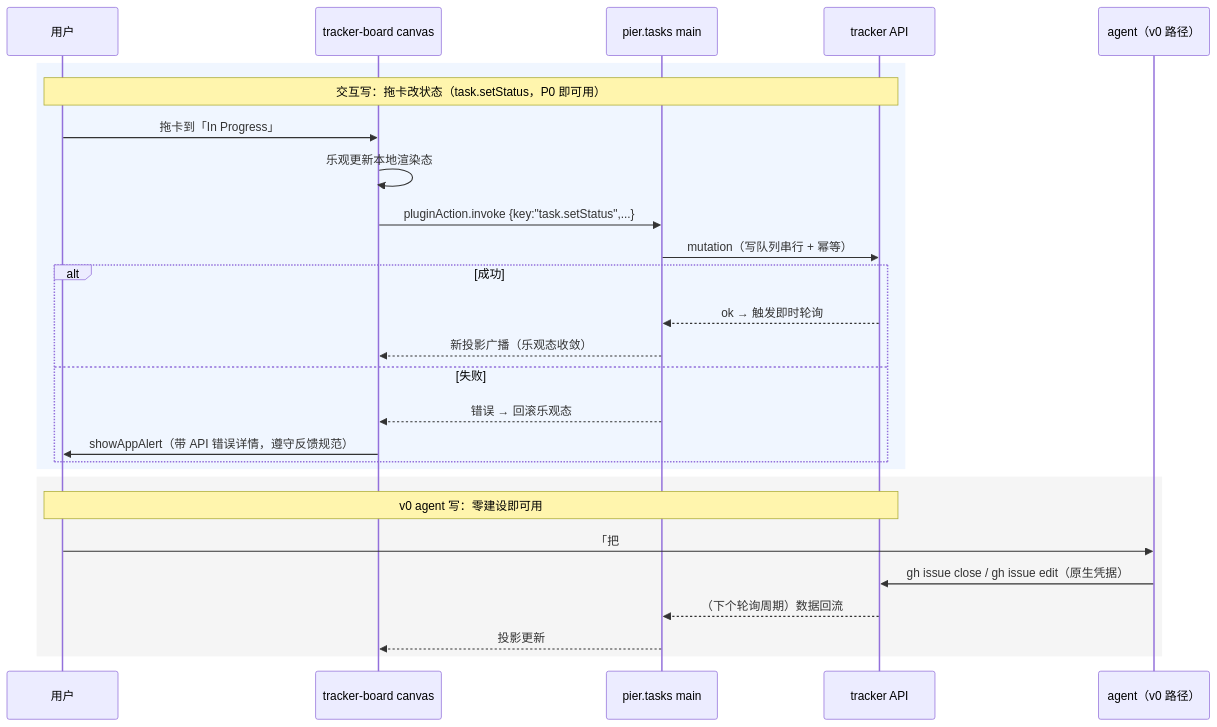
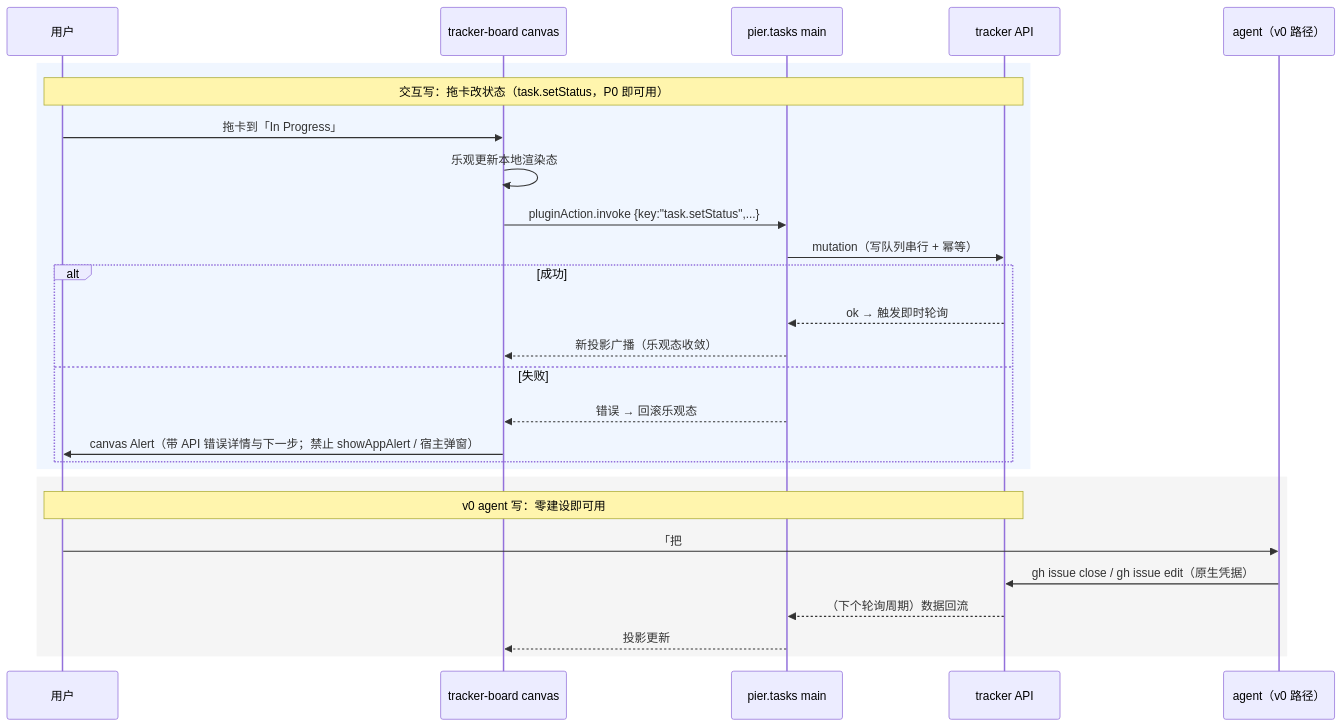
Before and after one commit to runloom/pier: the fourth of 5 diagrams in docs/superpowers/specs/2026-08-28-canvas-task-management-tracker-adapter-design.md, drawn with Mermaid. The commit also changed other lines of this file and 15 other files, not shown here.

````diff
--- a/docs/superpowers/specs/2026-08-28-canvas-task-management-tracker-adapter-design.md
+++ b/docs/superpowers/specs/2026-08-28-canvas-task-management-tracker-adapter-design.md
@@ -235,29 +236,29 @@
 ```mermaid
 sequenceDiagram
   participant U as 用户
   participant CV as tracker-board canvas
   participant P as pier.tasks main
   participant T as tracker API
   participant A as agent（v0 路径）
   rect rgb(240,246,255)
   note over U,T: 交互写：拖卡改状态（task.setStatus，P0 即可用）
   U->>CV: 拖卡到「In Progress」
   CV->>CV: 乐观更新本地渲染态
   CV->>P: pluginAction.invoke {key:"task.setStatus",...}
   P->>T: mutation（写队列串行 + 幂等）
   alt 成功
     T-->>P: ok → 触发即时轮询
     P-->>CV: 新投影广播（乐观态收敛）
   else 失败
     P-->>CV: 错误 → 回滚乐观态
-    CV->>U: showAppAlert（带 API 错误详情，遵守反馈规范）
+    CV->>U: canvas Alert（带 API 错误详情与下一步；禁止 showAppAlert / 宿主弹窗）
   end
   end
   rect rgb(245,245,245)
   note over U,T: v0 agent 写：零建设即可用
   U->>A: 「把 #123 标记完成，开始 #124」
   A->>T: gh issue close / gh issue edit（原生凭据）
   T-->>P: （下个轮询周期）数据回流
   P-->>CV: 投影更新
   end
 ```
````
